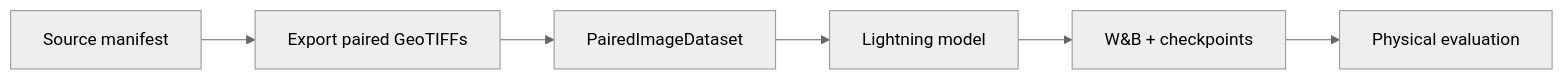
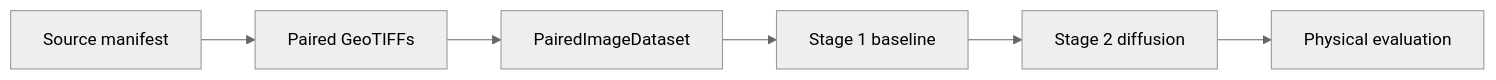
The diagram in docs/getting-started/index.md (simon-donike/geo2wf), drawn with Mermaid (neutral theme) before and after one commit. The commit also changed other lines of this file and 25 other files, not shown here.

````diff
--- a/docs/getting-started/index.md
+++ b/docs/getting-started/index.md
@@ -5,8 +5,8 @@
 ```mermaid
-graph LR
-  A[Source manifest] --> B[Export paired GeoTIFFs]
+flowchart LR
+  A[Source manifest] --> B[Paired GeoTIFFs]
   B --> C[PairedImageDataset]
-  C --> D[Lightning model]
-  D --> E[W&B + checkpoints]
+  C --> D[Stage 1 baseline]
+  D --> E[Stage 2 diffusion]
   E --> F[Physical evaluation]
 ```
````
